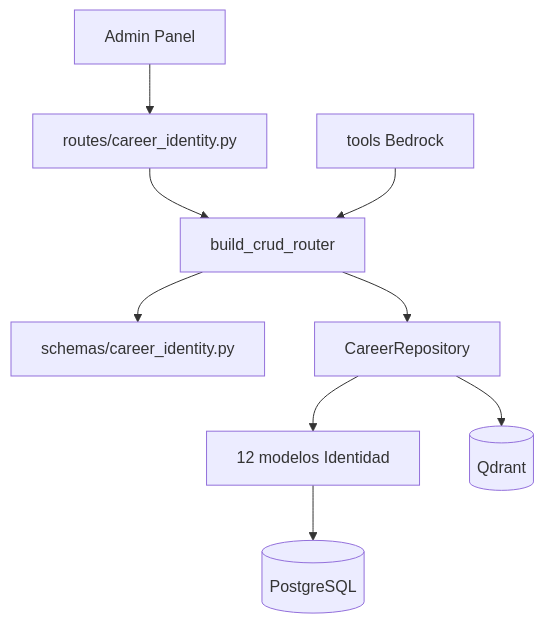
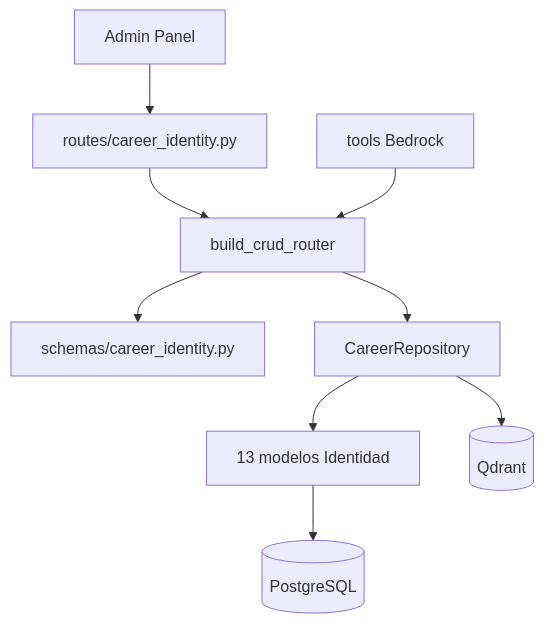
The diagram in api/docs/sections/career-identity/README.md (cjhirashi/cjhirashi-career), drawn with Mermaid before and after one commit. The commit also changed other lines of this file and 20 other files, not shown here.

````diff
--- a/api/docs/sections/career-identity/README.md
+++ b/api/docs/sections/career-identity/README.md
@@ -11,11 +11,11 @@
 ```mermaid
 flowchart TB
     Admin[Admin Panel] --> Route[routes/career_identity.py]
     Route --> Factory[build_crud_router]
     Factory --> Schema[schemas/career_identity.py]
     Factory --> Repo[CareerRepository]
-    Repo --> Models[12 modelos Identidad]
+    Repo --> Models[13 modelos Identidad]
     Models --> PG[(PostgreSQL)]
     Repo --> Qdrant[(Qdrant)]
     Bedrock[tools Bedrock] --> Factory
 ```
````
